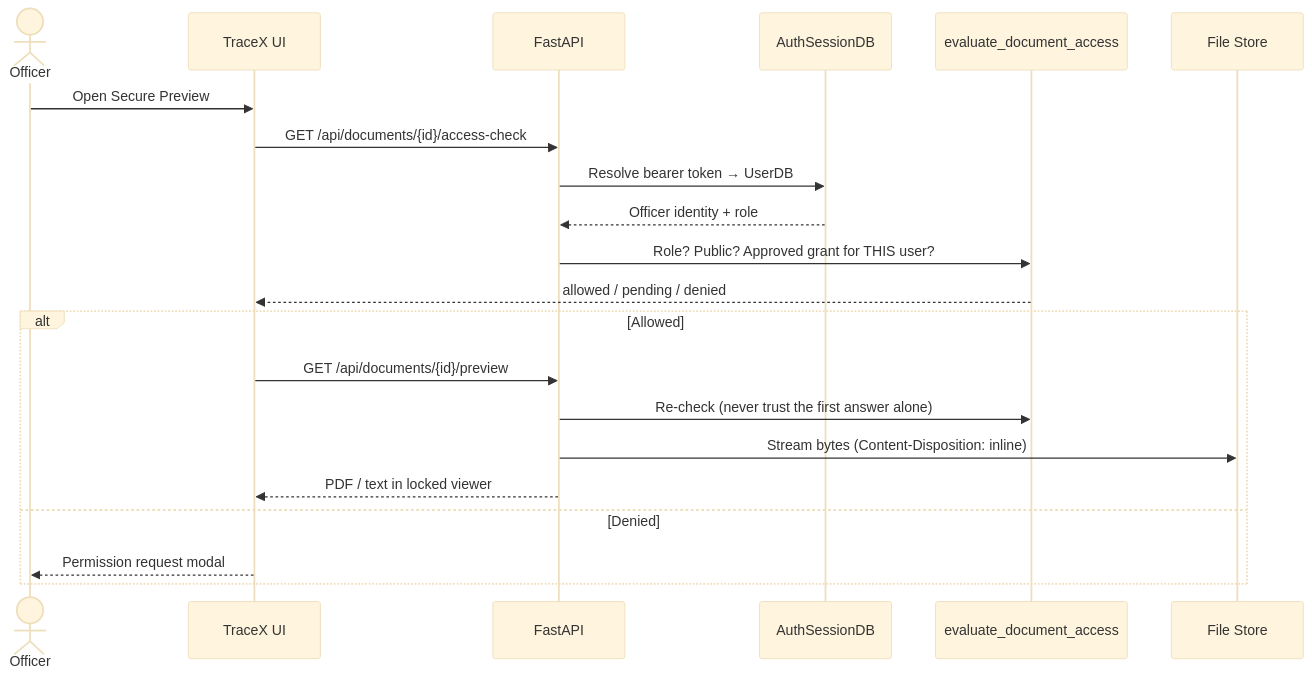
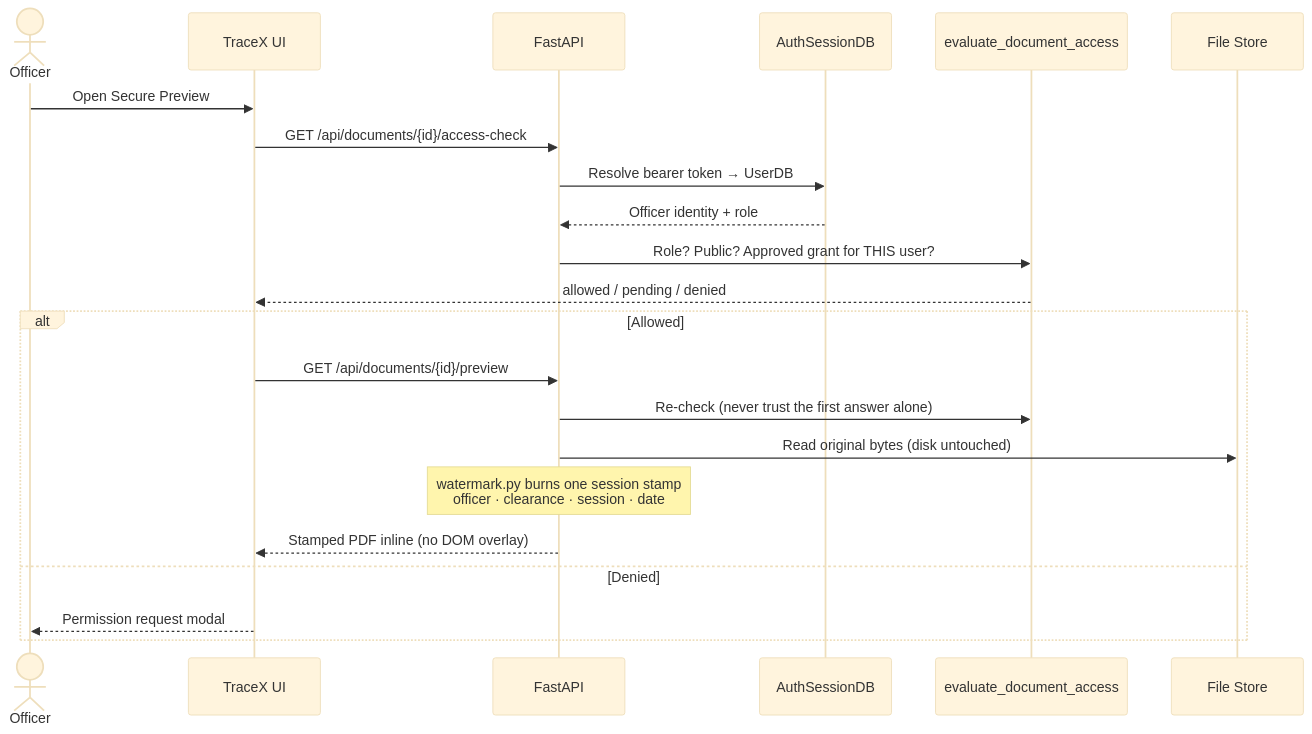
Before and after one commit to prathmeshkulkarni-coder/SIH2026: the second of 2 diagrams in README.md, drawn with Mermaid (base theme). The commit also changed other lines of this file and 6 other files, not shown here.

````diff
--- a/README.md
+++ b/README.md
@@ -111,25 +111,26 @@
 ```mermaid
 sequenceDiagram
   actor Officer
   participant UI as TraceX UI
   participant API as FastAPI
   participant Auth as AuthSessionDB
   participant Access as evaluate_document_access
   participant Store as File Store
 
   Officer->>UI: Open Secure Preview
   UI->>API: GET /api/documents/{id}/access-check
   API->>Auth: Resolve bearer token → UserDB
   Auth-->>API: Officer identity + role
   API->>Access: Role? Public? Approved grant for THIS user?
   Access-->>UI: allowed / pending / denied
 
   alt Allowed
     UI->>API: GET /api/documents/{id}/preview
     API->>Access: Re-check (never trust the first answer alone)
-    API->>Store: Stream bytes (Content-Disposition: inline)
-    API-->>UI: PDF / text in locked viewer
+    API->>Store: Read original bytes (disk untouched)
+    Note over API: watermark.py burns one session stamp<br/>officer · clearance · session · date
+    API-->>UI: Stamped PDF inline (no DOM overlay)
   else Denied
     UI-->>Officer: Permission request modal
   end
 ```
````
